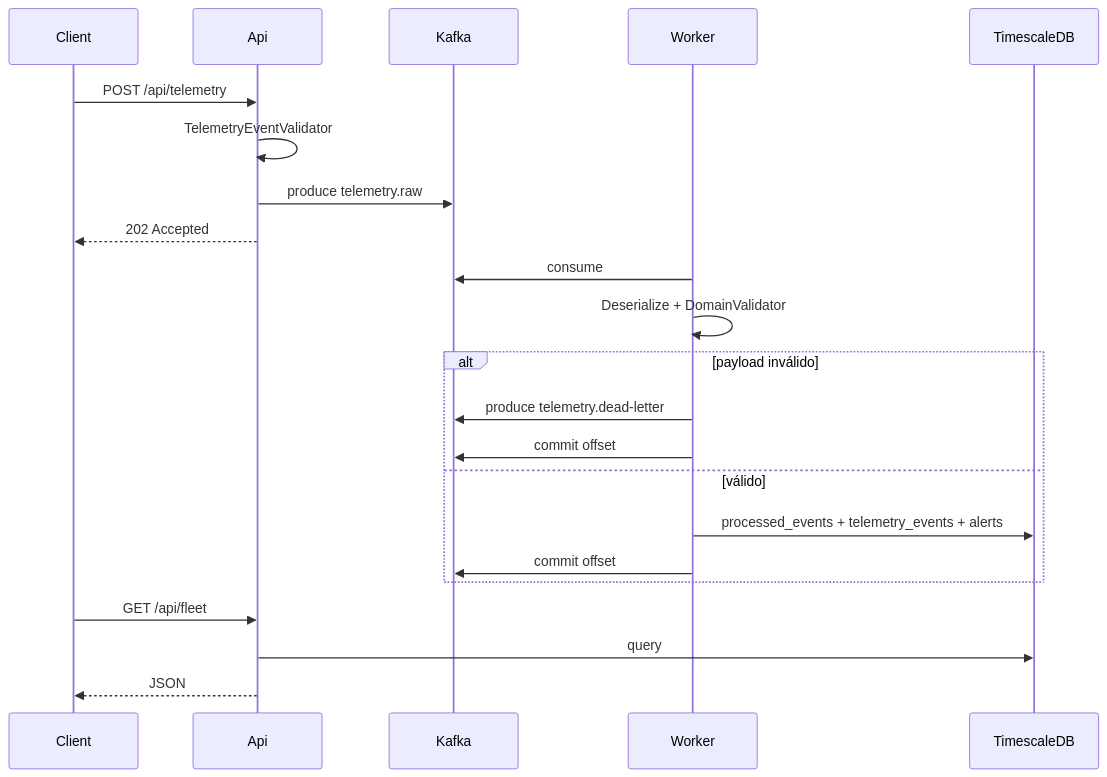
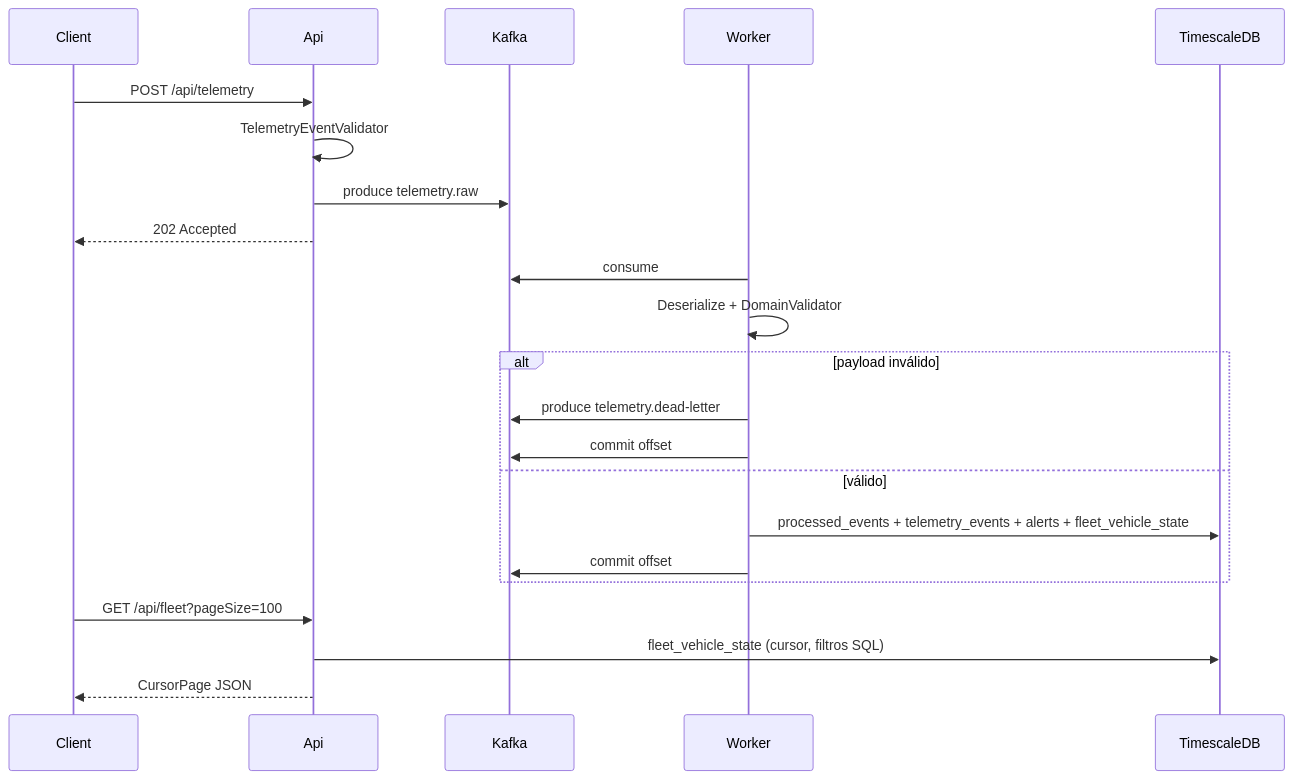
One commit to AlejoLobo/fleet-telemetry-platform changed the diagram in docs/architecture.md. Above: the diagram before and after it, drawn with Mermaid. The commit also changed other lines of this file and 14 other files, not shown here.

````diff
--- a/docs/architecture.md
+++ b/docs/architecture.md
@@ -17,25 +17,25 @@
 ```mermaid
 sequenceDiagram
   participant Client
   participant Api
   participant Kafka
   participant Worker
   participant Db as TimescaleDB
 
   Client->>Api: POST /api/telemetry
   Api->>Api: TelemetryEventValidator
   Api->>Kafka: produce telemetry.raw
   Api-->>Client: 202 Accepted
   Worker->>Kafka: consume
   Worker->>Worker: Deserialize + DomainValidator
   alt payload inválido
     Worker->>Kafka: produce telemetry.dead-letter
     Worker->>Kafka: commit offset
   else válido
-    Worker->>Db: processed_events + telemetry_events + alerts
+    Worker->>Db: processed_events + telemetry_events + alerts + fleet_vehicle_state
     Worker->>Kafka: commit offset
   end
-  Client->>Api: GET /api/fleet
-  Api->>Db: query
-  Api-->>Client: JSON
+  Client->>Api: GET /api/fleet?pageSize=100
+  Api->>Db: fleet_vehicle_state (cursor, filtros SQL)
+  Api-->>Client: CursorPage JSON
 ```
````
